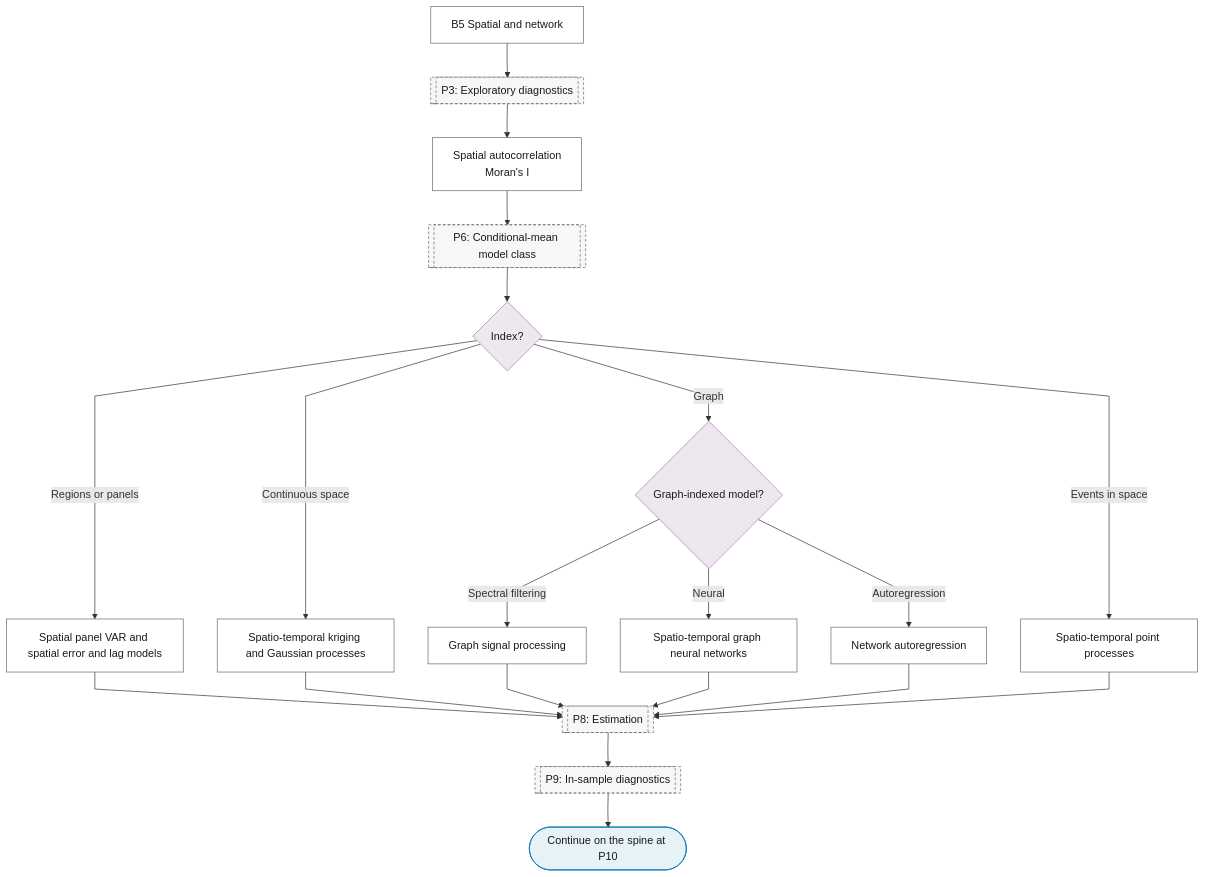
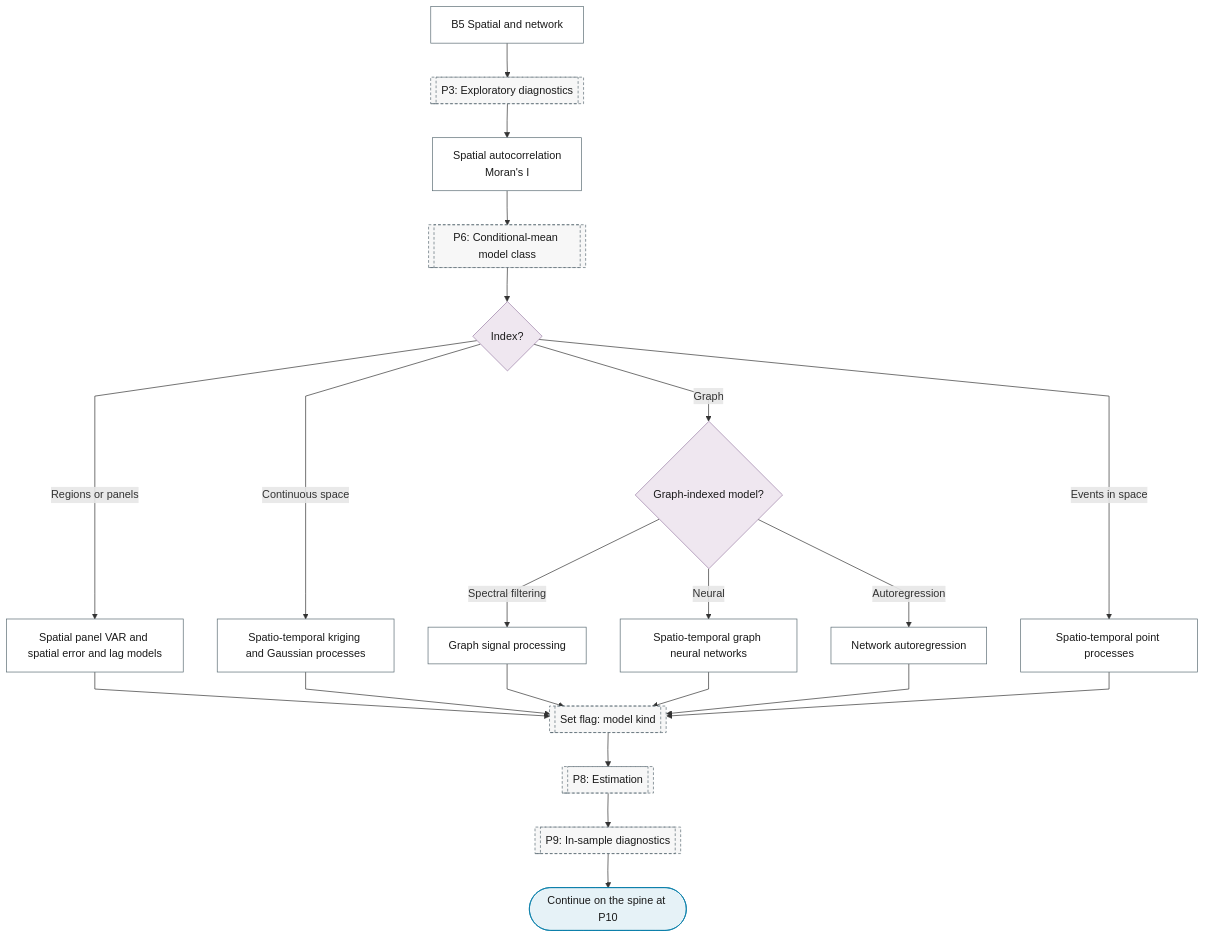
The diagram in docs/reference/20-spatio-temporal/index.md (Shuxin-Y/time-series-analysis-manual), drawn with Mermaid before and after one commit. The commit also changed 17 other files, not shown here.

First line of the commit message:
fix(charts): round-3 review fixes to seasonality, thresholds and branch flags

````diff
--- a/docs/reference/20-spatio-temporal/index.md
+++ b/docs/reference/20-spatio-temporal/index.md
@@ -7,30 +7,32 @@
 ```mermaid
 %%{init: {"flowchart": {"curve": "linear"}}}%%
 graph TD
     B5["B5 Spatial and network"] --> P3[["P3: Exploratory diagnostics"]]
     P3 --> B5_SPATIAL_AUTOCORRELATION["Spatial autocorrelation<br/>Moran's I"]
     B5_SPATIAL_AUTOCORRELATION --> P6[["P6: Conditional-mean model class"]]
     P6 --> B5_INDEX{"Index?"}
     B5_INDEX -->|"Regions or panels"| B5_SPATIAL_PANEL_VAR["Spatial panel VAR and spatial error and lag models"]
     B5_INDEX -->|"Continuous space"| B5_KRIGING["Spatio-temporal kriging and Gaussian processes"]
     B5_INDEX -->|"Graph"| B5_GRAPH_MODEL{"Graph-indexed model?"}
     B5_INDEX -->|"Events in space"| B5_ST_POINT_PROCESS["Spatio-temporal point processes"]
     B5_GRAPH_MODEL -->|"Spectral filtering"| B5_GRAPH_SIGNAL["Graph signal processing"]
     B5_GRAPH_MODEL -->|"Neural"| B5_STGNN["Spatio-temporal graph neural networks"]
     B5_GRAPH_MODEL -->|"Autoregression"| B5_NETWORK_AR["Network autoregression"]
-    B5_SPATIAL_PANEL_VAR & B5_KRIGING & B5_GRAPH_SIGNAL & B5_STGNN & B5_NETWORK_AR & B5_ST_POINT_PROCESS --> P8[["P8: Estimation"]]
+    B5_SPATIAL_PANEL_VAR & B5_KRIGING & B5_GRAPH_SIGNAL & B5_STGNN & B5_NETWORK_AR & B5_ST_POINT_PROCESS --> P6_KIND_FLAG[["Set flag: model kind"]]
+    P6_KIND_FLAG --> P8[["P8: Estimation"]]
+    class P6_KIND_FLAG ref
     P8 --> P9[["P9: In-sample diagnostics"]]
     P9 --> B5_OUT(["Continue on the spine at P10"])
     class B5_OUT terminator
     class B5_INDEX,B5_GRAPH_MODEL decision
     class B5,B5_SPATIAL_AUTOCORRELATION,B5_SPATIAL_PANEL_VAR,B5_KRIGING,B5_GRAPH_SIGNAL,B5_STGNN,B5_NETWORK_AR,B5_ST_POINT_PROCESS process
     class P3,P6,P8,P9 ref
     classDef terminator fill:#E6F2F7,stroke:#007BA7,color:#1A1A1A;
     classDef process fill:#FFFFFF,stroke:#5A6B73,color:#1A1A1A;
     classDef decision fill:#EFE7F0,stroke:#9B7FA7,color:#1A1A1A;
     classDef data fill:#FFF4E0,stroke:#C9A55E,color:#1A1A1A;
     classDef good fill:#DCEFD8,stroke:#4A7A3F,color:#1A1A1A;
     classDef escalate fill:#FFE9C2,stroke:#C9A55E,color:#1A1A1A;
     classDef problem fill:#F2D9DE,stroke:#800020,color:#1A1A1A;
     classDef ref fill:#F7F7F7,stroke:#5A6B73,color:#1A1A1A,stroke-dasharray:4 3;
 ```
````
